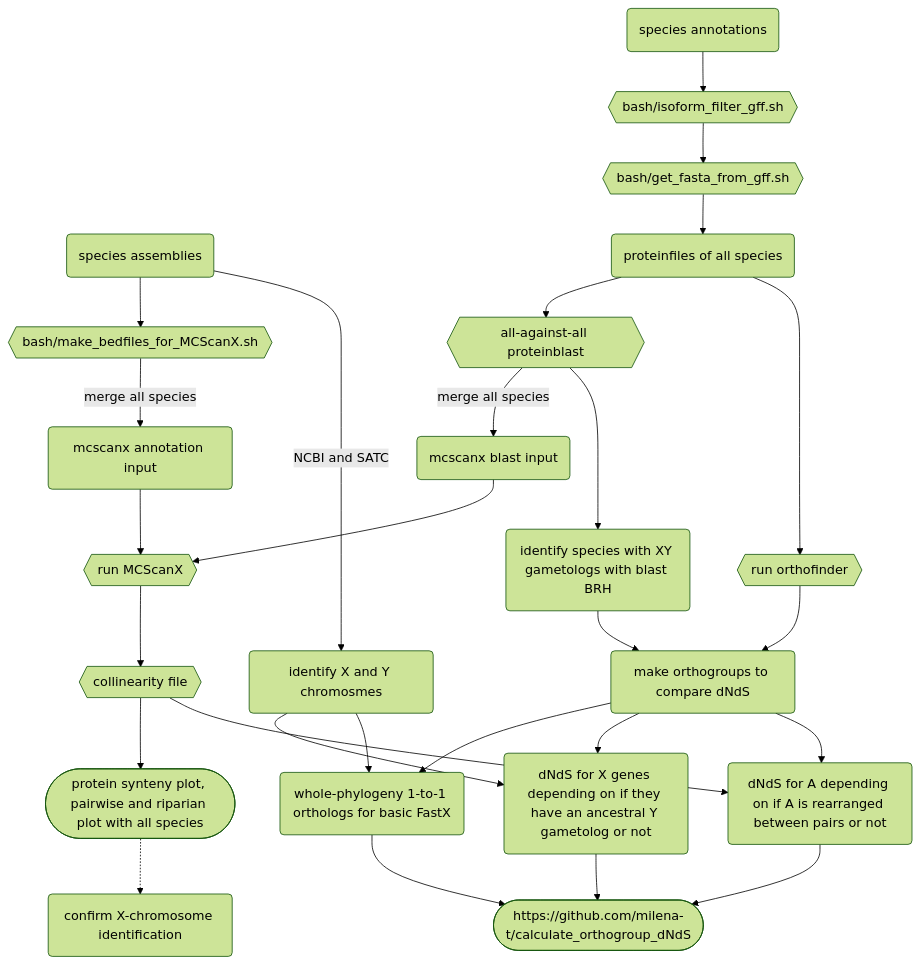
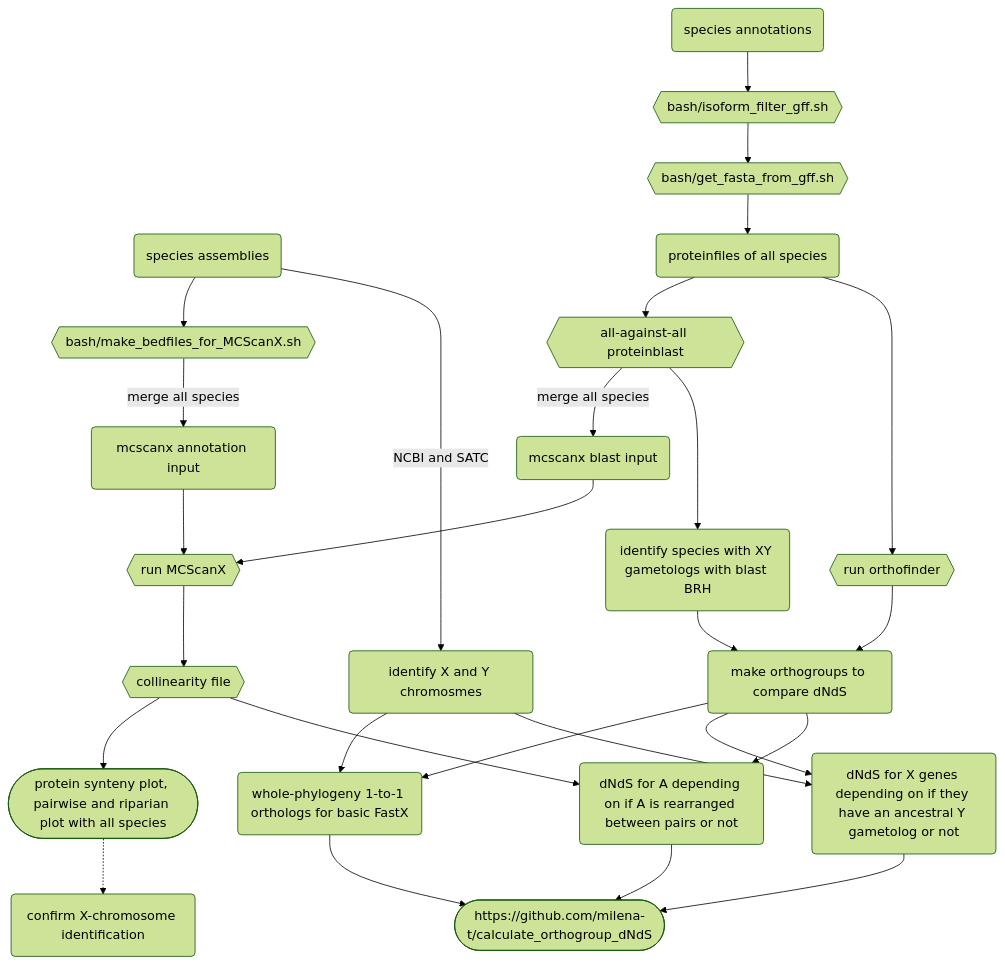
The diagram in README.md (milena-t/PhD_chapter3), drawn with Mermaid (forest theme) before and after one commit. The commit also changed other lines of this file, not shown here.

Commit message:
moremermaid

````diff
--- a/README.md
+++ b/README.md
@@ -55,39 +55,39 @@
 ```mermaid
 graph TD;
     species_Ass(species assemblies);
     species_Ass --> simplified_bed{{bash/make_bedfiles_for_MCScanX.sh}};
     simplified_bed -- merge all species --> mcscanx_bed(mcscanx annotation input);
     
     species_Ann(species annotations);
     species_Ann --> is_filter{{bash/isoform_filter_gff.sh}};
     is_filter --> get_prot{{bash/get_fasta_from_gff.sh}};
     get_prot --> protfiles(proteinfiles of all species);
     protfiles --> blast{{all-against-all proteinblast}};
     blast -- merge all species --> mcscanx_blast(mcscanx blast input);
 
     mcscanx_bed --> run_mcscanx{{run MCScanX}};
     mcscanx_blast --> run_mcscanx
     run_mcscanx --> mcscanx_out{{collinearity file}}
     mcscanx_out --> mcscanx_plot([protein synteny plot, pairwise and riparian plot with all species])
     mcscanx_plot .-> conf_X(confirm X-chromosome identification)
 
     species_Ass -- NCBI and SATC --> XY_chr(identify X and Y chromosmes);
     protfiles --> orthofinder{{run orthofinder}};
     
     blast --> XY_paralogs(identify species with XY gametologs with blast BRH);
     XY_paralogs --> dNdS_groups(make orthogroups to compare dNdS);
     orthofinder --> dNdS_groups;
 
     dNdS_groups --> basicFastX(whole-phylogeny 1-to-1 orthologs for basic FastX);
     dNdS_groups --> gametologs(dNdS for X genes depending on if they have an ancestral Y gametolog or not);
     dNdS_groups --> rearrangeA(dNdS for A depending on if A is rearranged between pairs or not)
+    XY_chr --> basicFastX
     XY_chr --> gametologs
-    XY_chr --> basicFastX
     mcscanx_out --> rearrangeA
 
     OG_dNdS([https://github.com/milena-t/calculate_orthogroup_dNdS])
     gametologs --> OG_dNdS
     basicFastX --> OG_dNdS
     rearrangeA --> OG_dNdS
 
 ```   
````
